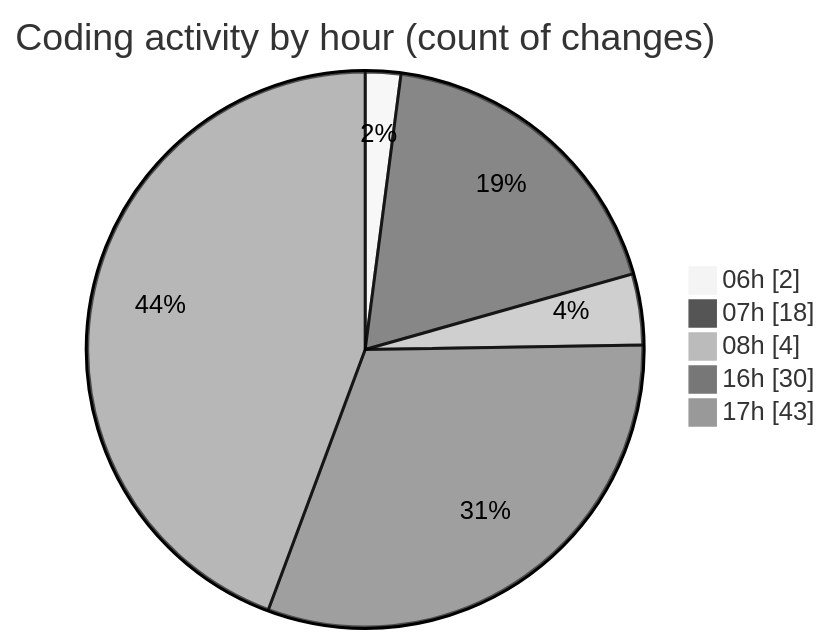
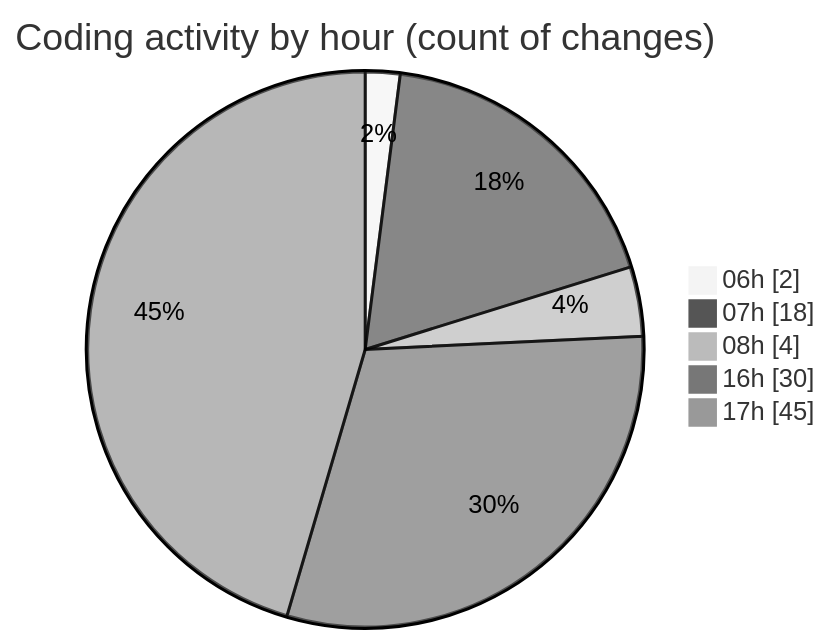
One commit to robertbonfada/code-tracking changed the second of 2 diagrams in 2025-01-27/termonied-web/README.md. Above: the diagram before and after it, drawn with Mermaid (neutral theme). The commit also changed other lines of this file and 1 other file, not shown here.

````diff
--- a/2025-01-27/termonied-web/README.md
+++ b/2025-01-27/termonied-web/README.md
@@ -42,9 +42,9 @@
 ```mermaid
 pie showData
 title Coding activity by hour (count of changes)
 "06h" : 2
 "07h" : 18
 "08h" : 4
 "16h" : 30
-"17h" : 43
+"17h" : 45
 ```
````
